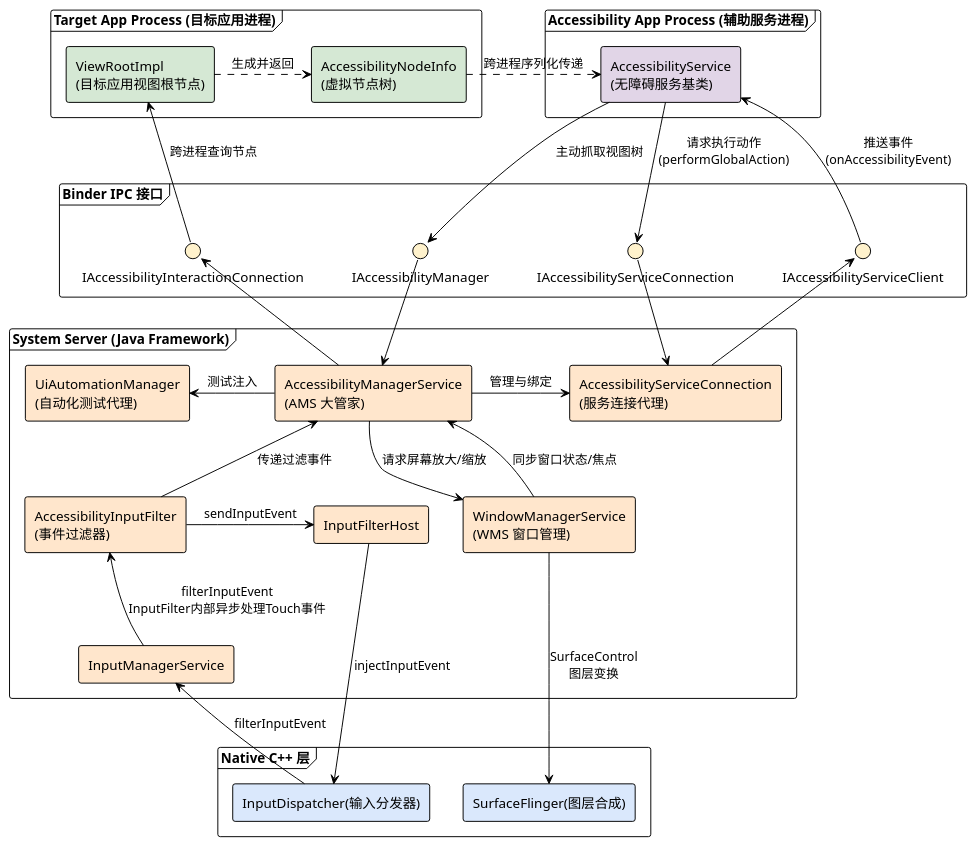
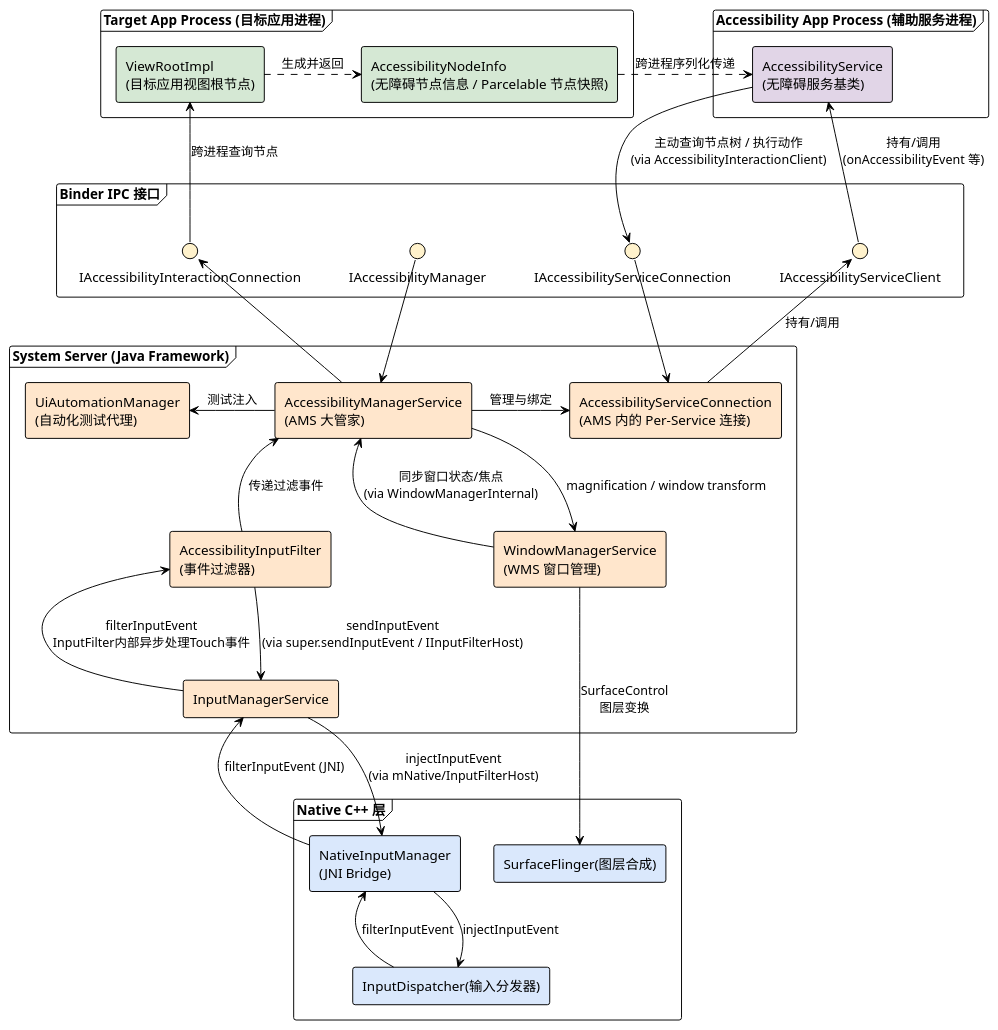
The first of 6 diagrams in content/android-dev/windowmanager/accessibility_service.md (Ethen-Cao/ethenslab), drawn with PlantUML before and after one commit. The commit also changed other lines of this file and 11 other files, not shown here.

````diff
--- a/content/android-dev/windowmanager/accessibility_service.md
+++ b/content/android-dev/windowmanager/accessibility_service.md
@@ -148,73 +15,74 @@
 ```plantuml
 @startuml
 !theme plain
 skinparam componentStyle rectangle
 top to bottom direction
 
 frame "Accessibility App Process (辅助服务进程)" {
     [AccessibilityService\n(无障碍服务基类)] as A11yService #e1d5e7
 }
 
 frame "Target App Process (目标应用进程)" {
     [ViewRootImpl\n(目标应用视图根节点)] as ViewRoot #d5e8d4
-    [AccessibilityNodeInfo\n(虚拟节点树)] as A11yNode #d5e8d4
+    [AccessibilityNodeInfo\n(无障碍节点信息 / Parcelable 节点快照)] as A11yNode #d5e8d4
 }
 
 frame "Binder IPC 接口" {
     interface "IAccessibilityServiceClient" as IA11yClient #fff2cc
     interface "IAccessibilityServiceConnection" as IA11yConn #fff2cc
     interface "IAccessibilityManager" as IA11yManager #fff2cc
-    interface "IAccessibilityInteractionConnection" as IWindow #fff2cc
+    interface "IAccessibilityInteractionConnection" as IA11yInteract #fff2cc
 }
 
 frame "System Server (Java Framework)" {
     [AccessibilityManagerService\n(AMS 大管家)] as AMS #ffe6cc
-    [AccessibilityServiceConnection\n(服务连接代理)] as Conn #ffe6cc
+    [AccessibilityServiceConnection\n(AMS 内的 Per-Service 连接)] as Conn #ffe6cc
     [UiAutomationManager\n(自动化测试代理)] as UiTest #ffe6cc
     [AccessibilityInputFilter\n(事件过滤器)] as InputFilter #ffe6cc
     [WindowManagerService\n(WMS 窗口管理)] as WMS #ffe6cc
     [InputManagerService] as InputManagerService #ffe6cc
-    [InputFilterHost] as InputFilterHost #ffe6cc
 }
 
 frame "Native C++ 层" {
     [InputDispatcher(输入分发器)] as InputDispatcher #dae8fc
+    [NativeInputManager\n(JNI Bridge)] as NativeInputManager #dae8fc
     [SurfaceFlinger(图层合成)] as SurfaceFlinger #dae8fc
 }
 
 ' ==========================================
 '  关系连线 (强制 Top to Bottom 布局)
 ' ==========================================
 
 ' 1. App <--> Binder 接口
-IA11yClient -up-> A11yService : 推送事件\n(onAccessibilityEvent)
-A11yService -down-> IA11yConn : 请求执行动作\n(performGlobalAction)
-A11yService -down-> IA11yManager : 主动抓取视图树
-IWindow -up-> ViewRoot : 跨进程查询节点
+IA11yClient -up-> A11yService : 持有/调用\n(onAccessibilityEvent 等)
+A11yService -down-> IA11yConn : 主动查询节点树 / 执行动作\n(via AccessibilityInteractionClient)
+IA11yInteract -up-> ViewRoot : 跨进程查询节点
 
 ' 2. App 内部视图树流转
 ViewRoot .right.> A11yNode : 生成并返回
 A11yNode .right.> A11yService : 跨进程序列化传递
 
 ' 3. Binder 接口 <--> System Server
-Conn -up-> IA11yClient 
+Conn -up-> IA11yClient : 持有/调用
 IA11yConn -down-> Conn
 IA11yManager -down-> AMS
-AMS -up-> IWindow 
+AMS -up-> IA11yInteract 
 
 ' 4. System Server 内部交互
 AMS -right-> Conn : 管理与绑定
 AMS -left-> UiTest : 测试注入
 InputFilter -up-> AMS : 传递过滤事件
-InputFilter -left-> InputFilterHost:sendInputEvent
-WMS -up-> AMS : 同步窗口状态/焦点
-AMS -down-> WMS : 请求屏幕放大/缩放
+InputFilter -left-> InputManagerService : sendInputEvent\n(via super.sendInputEvent / IInputFilterHost)
+WMS -up-> AMS : 同步窗口状态/焦点\n(via WindowManagerInternal)
+AMS -down-> WMS : magnification / window transform
 
 ' 5. System Server <--> Native
-InputDispatcher -up-> InputManagerService:filterInputEvent
-InputManagerService -up-> InputFilter:filterInputEvent\nInputFilter内部异步处理Touch事件
+InputDispatcher -up-> NativeInputManager : filterInputEvent
+NativeInputManager -up-> InputManagerService : filterInputEvent (JNI)
+InputManagerService -up-> InputFilter : filterInputEvent\nInputFilter内部异步处理Touch事件
 
-InputFilterHost --> InputDispatcher:injectInputEvent
+InputManagerService --> NativeInputManager : injectInputEvent\n(via mNative/InputFilterHost)
+NativeInputManager --> InputDispatcher : injectInputEvent
 WMS -down-> SurfaceFlinger : SurfaceControl\n图层变换
 @enduml
 ```
````
